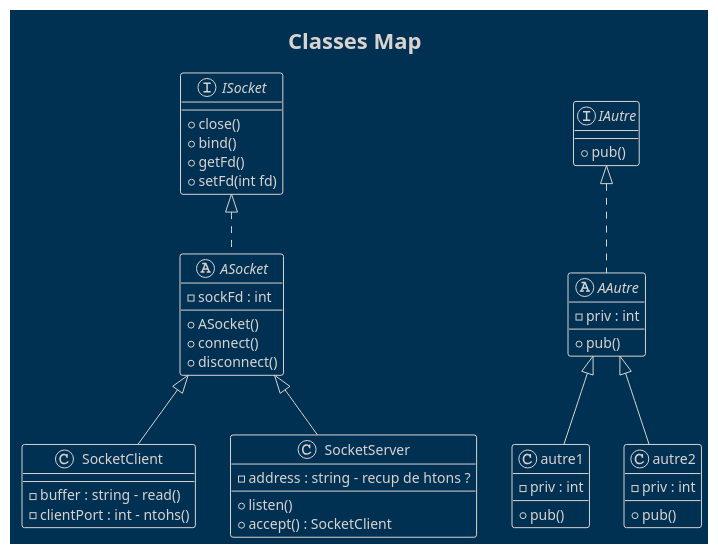
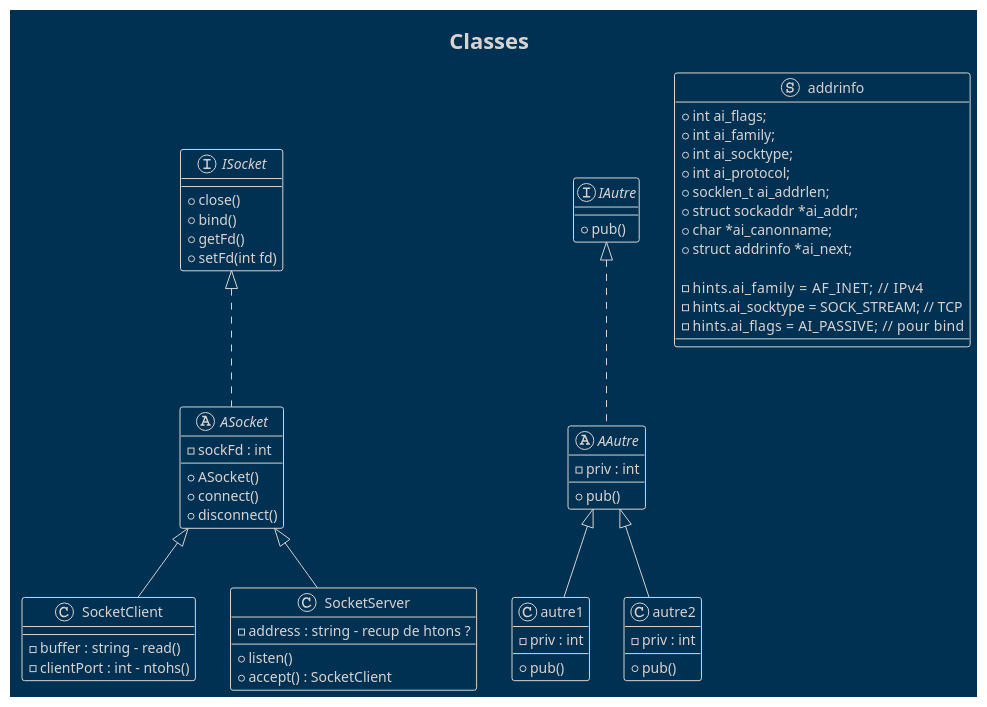
The diagram in classes.puml (Hyliah/WebServ), drawn with PlantUML before and after one commit. The commit also changed 2 other files, not shown here.

```diff
--- a/classes.puml
+++ b/classes.puml
@@ -1,73 +1,89 @@
 @startuml
 !theme blueprint
 
-title Classes Map
+title Classes
 
 ' Interface
 interface ISocket {
     +close()
     +bind()
     +getFd()
     +setFd(int fd)
 }
 
 ' Classe abstraite
 abstract class ASocket {
     -sockFd : int
     
 
     +ASocket()
     +connect()
     +disconnect()
 }
 
 ' Socket client
 class SocketClient {
     -buffer : string - read()
     -clientPort : int - ntohs()
 
 }
 
 ' Socket serveur
 class SocketServer {
     -address : string - recup de htons ?
     +listen()
     +accept() : SocketClient
 }
 
 ' Relations
 ISocket <|.. ASocket
 ASocket <|-- SocketClient
 ASocket <|-- SocketServer
 
 
 
 ' Interface
 interface IAutre {
     + pub()
 }
 
 ' Abstraite
 abstract class AAutre {
     - priv : int
     + pub()
 }
 
 ' Classe 1
 class autre1 {
     - priv : int
     + pub()
 }
 
 ' classe 2
 class autre2 {
     - priv : int
     + pub()
 }
 
 ' Relations
 IAutre <|.. AAutre
 AAutre <|-- autre1
 AAutre <|-- autre2
 
+
+struct addrinfo {
+    +int ai_flags;
+    +int ai_family;
+    +int ai_socktype;
+    +int ai_protocol;
+    +socklen_t ai_addrlen;
+    +struct sockaddr *ai_addr;
+    +char *ai_canonname;
+    +struct addrinfo *ai_next;
+
+    - hints.ai_family = AF_INET;      // IPv4
+    - hints.ai_socktype = SOCK_STREAM; // TCP
+    - hints.ai_flags = AI_PASSIVE;    // pour bind
+}
+
 @enduml
```
